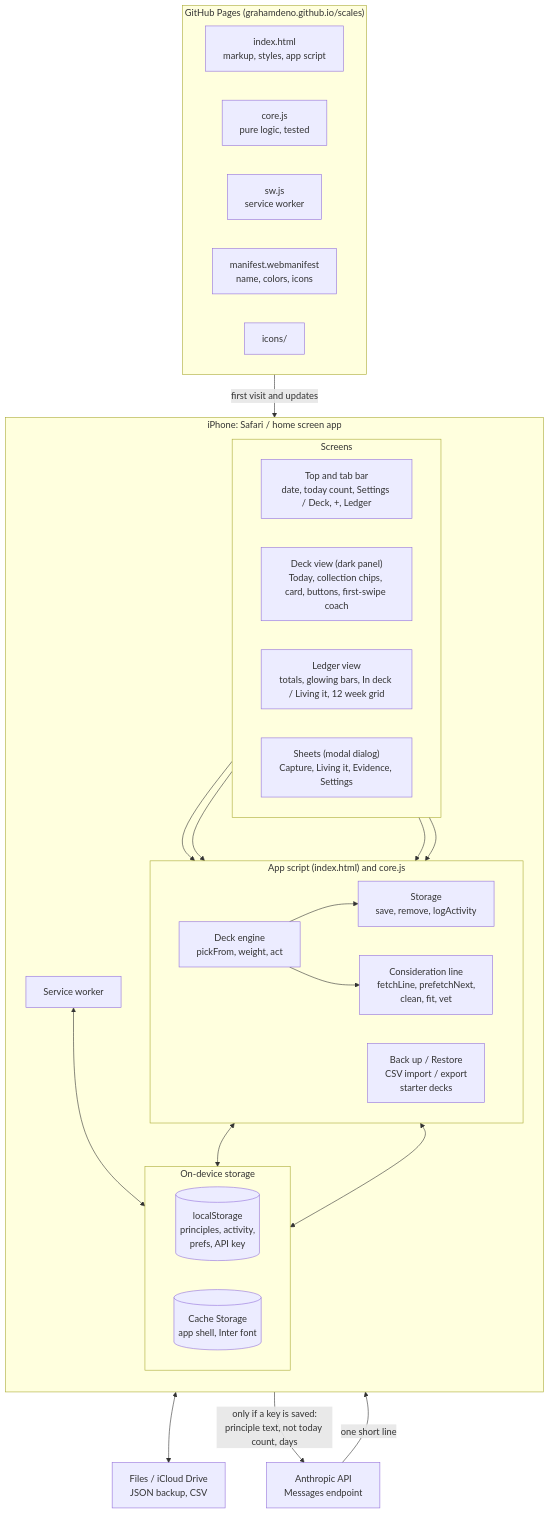
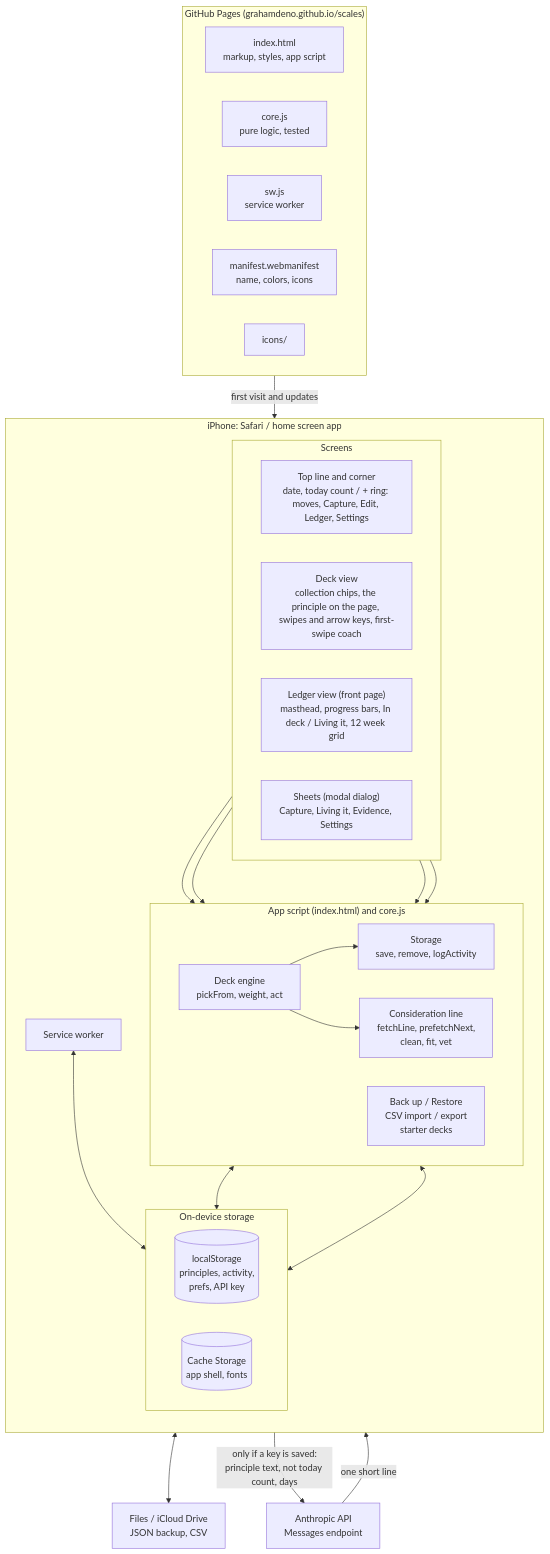
Before and after one commit to grahamdeno/scales: the first of 3 diagrams in docs/ARCHITECTURE.md, drawn with Mermaid. The commit also changed other lines of this file and 12 other files, not shown here.

Commit message:
1.28.0, second pass: the Edition system. No card, no tab bar, no button row; one corner + with a ring for the moves, Capture, Edit, Ledger and Settings; Instrument Serif, Geist and Geist Mono self-hosted; Ledger as a front page

````diff
--- a/docs/ARCHITECTURE.md
+++ b/docs/ARCHITECTURE.md
@@ -16,57 +16,57 @@
 ```mermaid
 flowchart TB
     subgraph host["GitHub Pages (grahamdeno.github.io/scales)"]
         direction LR
         html["index.html<br/>markup, styles, app script"]
         corefile["core.js<br/>pure logic, tested"]
         swfile["sw.js<br/>service worker"]
         mani["manifest.webmanifest<br/>name, colors, icons"]
         icons["icons/"]
     end
 
     subgraph phone["iPhone: Safari / home screen app"]
         direction TB
 
         subgraph ui["Screens"]
             direction LR
-            header["Top and tab bar<br/>date, today count, Settings / Deck, +, Ledger"]
-            deck["Deck view (dark panel)<br/>Today, collection chips, card, buttons, first-swipe coach"]
-            ledger["Ledger view<br/>totals, glowing bars, In deck / Living it, 12 week grid"]
+            header["Top line and corner<br/>date, today count / + ring: moves, Capture, Edit, Ledger, Settings"]
+            deck["Deck view<br/>collection chips, the principle on the page, swipes and arrow keys, first-swipe coach"]
+            ledger["Ledger view (front page)<br/>masthead, progress bars, In deck / Living it, 12 week grid"]
             sheets["Sheets (modal dialog)<br/>Capture, Living it, Evidence, Settings"]
         end
 
         subgraph logic["App script (index.html) and core.js"]
             direction LR
             engine["Deck engine<br/>pickFrom, weight, act"]
             line["Consideration line<br/>fetchLine, prefetchNext,<br/>clean, fit, vet"]
             store["Storage<br/>save, remove, logActivity"]
             io["Back up / Restore<br/>CSV import / export<br/>starter decks"]
         end
 
         subgraph device["On-device storage"]
             direction LR
             ls[("localStorage<br/>principles, activity,<br/>prefs, API key")]
-            cache[("Cache Storage<br/>app shell, Inter font")]
+            cache[("Cache Storage<br/>app shell, fonts")]
         end
 
         sw["Service worker"]
     end
 
     api["Anthropic API<br/>Messages endpoint"]
     files["Files / iCloud Drive<br/>JSON backup, CSV"]
 
     host -- "first visit and updates" --> sw
     sw <--> cache
 
     deck --> engine
     sheets --> engine
     sheets --> io
     engine --> store
     engine --> line
     ledger --> store
     store <--> ls
     io <--> ls
     io <--> files
     line -- "only if a key is saved:<br/>principle text, not today count, days" --> api
     api -- "one short line" --> line
 ```
````
